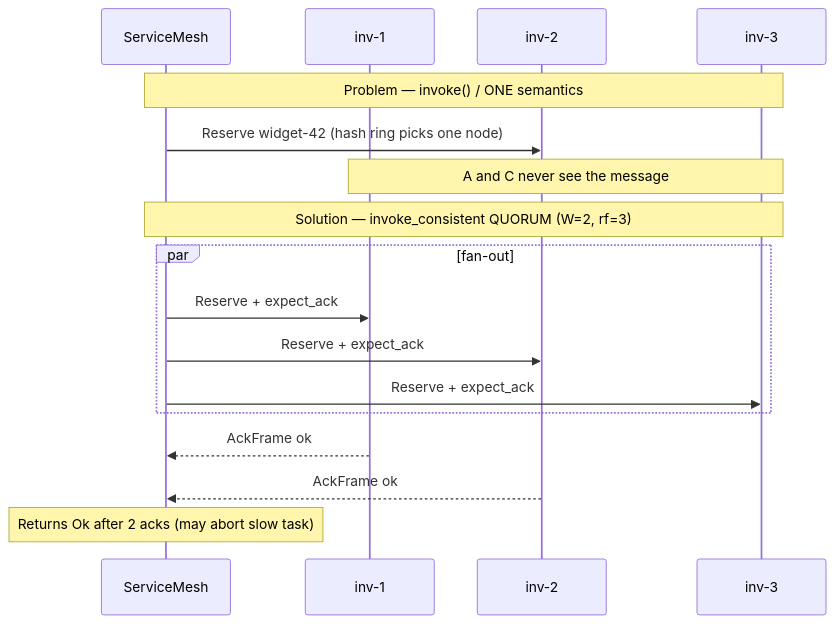
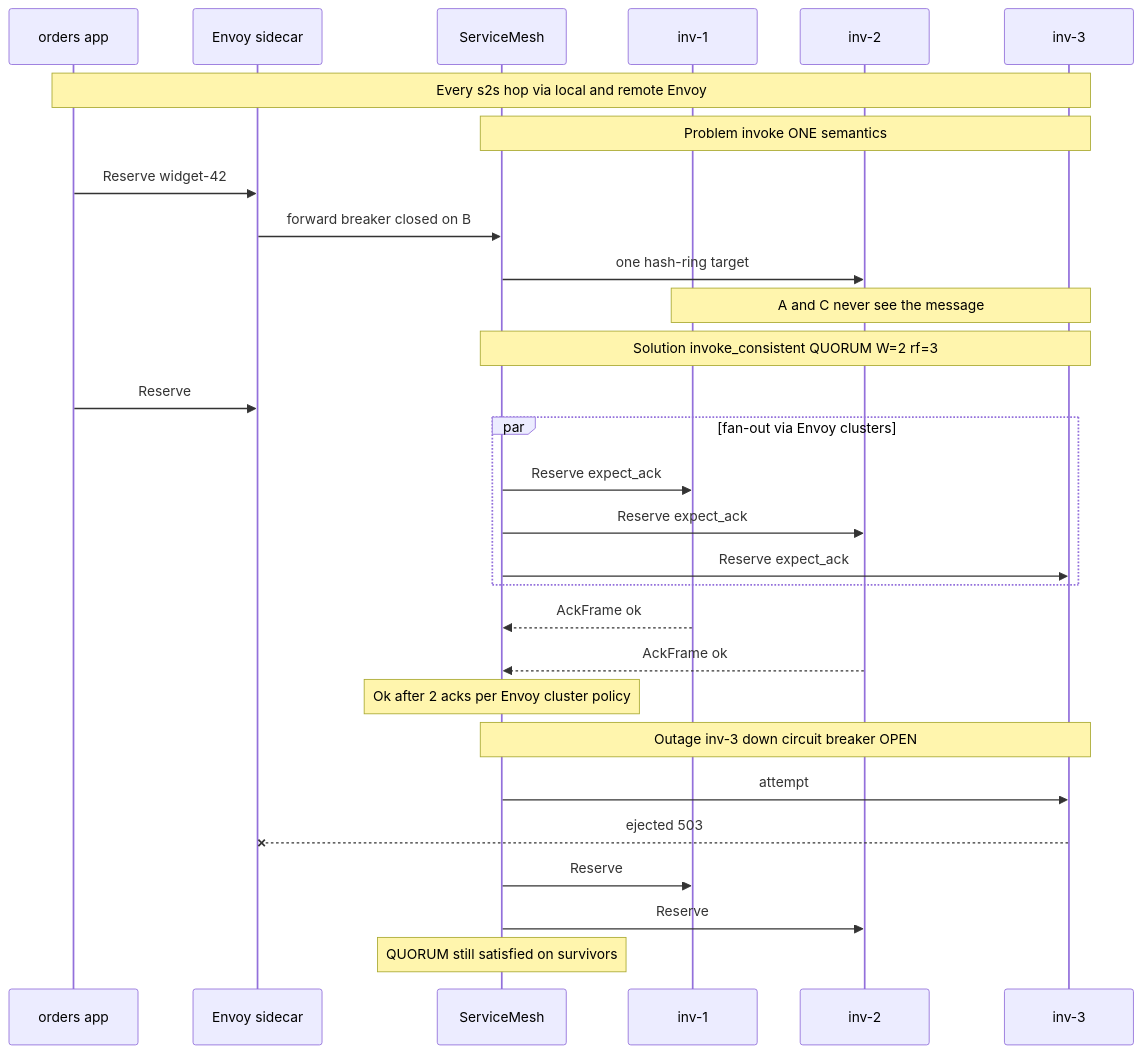
Before and after one commit to akashsoni01/lane_switchboards: the second of 2 diagrams in examples/consistency.md, drawn with Mermaid. The commit also changed other lines of this file and 1 other file, not shown here.

````diff
--- a/examples/consistency.md
+++ b/examples/consistency.md
@@ -51,21 +121,35 @@
 ```mermaid
 sequenceDiagram
+    participant Ord as orders app
+    participant Envoy as Envoy sidecar
     participant API as ServiceMesh
     participant A as inv-1
     participant B as inv-2
     participant C as inv-3
 
-    Note over API,C: Problem — invoke() / ONE semantics
-    API->>B: Reserve widget-42 (hash ring picks one node)
+    Note over Ord,C: Every s2s hop via local and remote Envoy
+
+    Note over API,C: Problem invoke ONE semantics
+    Ord->>Envoy: Reserve widget-42
+    Envoy->>API: forward breaker closed on B
+    API->>B: one hash-ring target
     Note over A,C: A and C never see the message
 
-    Note over API,C: Solution — invoke_consistent QUORUM (W=2, rf=3)
-    par fan-out
-        API->>A: Reserve + expect_ack
-        API->>B: Reserve + expect_ack
-        API->>C: Reserve + expect_ack
+    Note over API,C: Solution invoke_consistent QUORUM W=2 rf=3
+    Ord->>Envoy: Reserve
+    par fan-out via Envoy clusters
+        API->>A: Reserve expect_ack
+        API->>B: Reserve expect_ack
+        API->>C: Reserve expect_ack
     end
     A-->>API: AckFrame ok
     B-->>API: AckFrame ok
-    Note over API: Returns Ok after 2 acks (may abort slow task)
+    Note over API: Ok after 2 acks per Envoy cluster policy
+
+    Note over API,C: Outage inv-3 down circuit breaker OPEN
+    API->>C: attempt
+    C--xEnvoy: ejected 503
+    API->>A: Reserve
+    API->>B: Reserve
+    Note over API: QUORUM still satisfied on survivors
 ```
````
